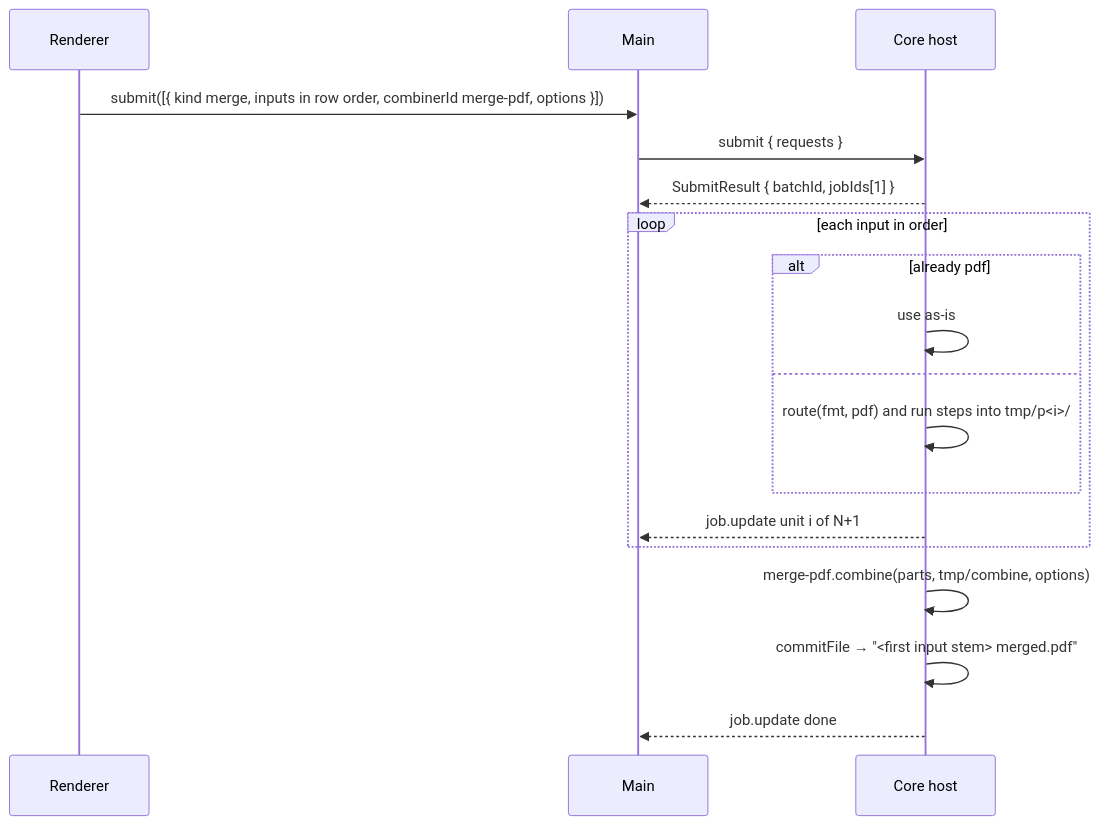
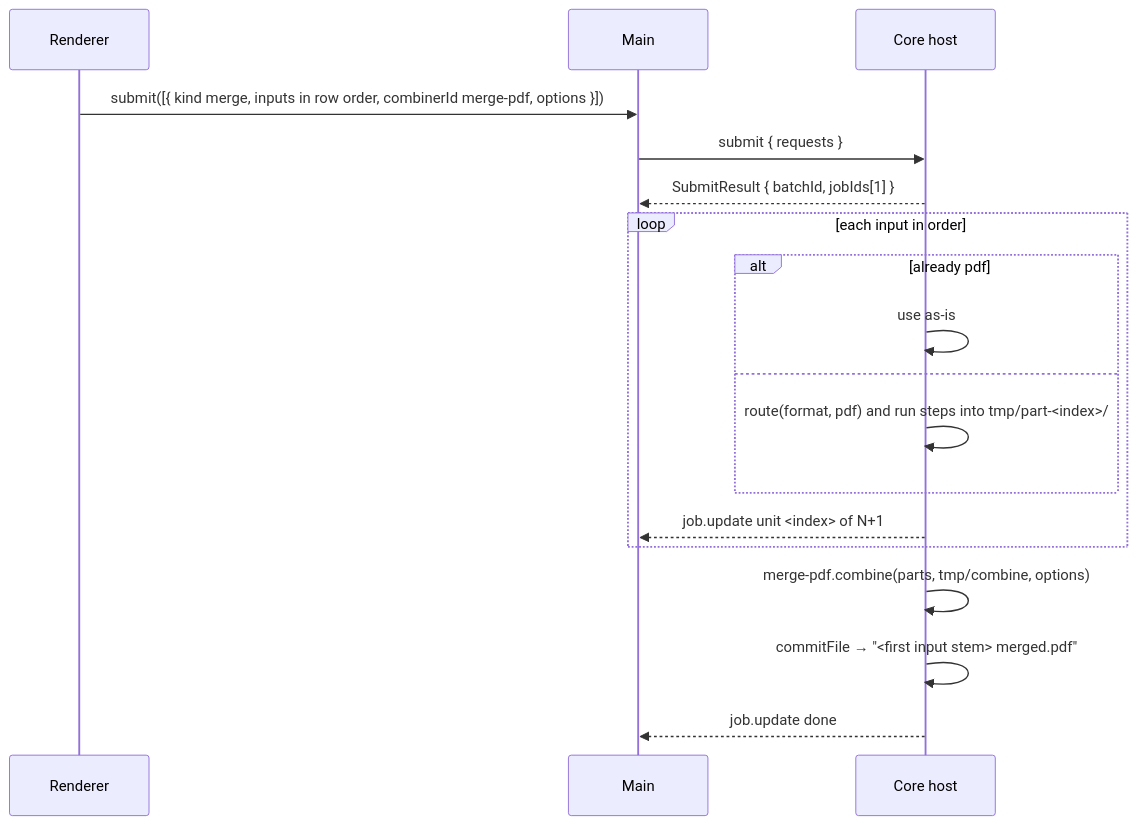
One commit to Anuragvish22/FileCon changed the tenth of 19 diagrams in docs/FLOWS.md. Above: the diagram before and after it, drawn with Mermaid. The commit also changed other lines of this file and 26 other files, not shown here.

First line of the commit message:
M0-4: graph and routing; lint-enforced naming rule

````diff
--- a/docs/FLOWS.md
+++ b/docs/FLOWS.md
@@ -250,20 +250,20 @@
 ```mermaid
 sequenceDiagram
   participant Renderer
   participant Main
   participant Core as Core host
   Renderer->>Main: submit([{ kind merge, inputs in row order, combinerId merge-pdf, options }])
   Main->>Core: submit { requests }
   Core-->>Main: SubmitResult { batchId, jobIds[1] }
   loop each input in order
     alt already pdf
       Core->>Core: use as-is
     else
-      Core->>Core: route(fmt, pdf) and run steps into tmp/p<i>/
+      Core->>Core: route(format, pdf) and run steps into tmp/part-<index>/
     end
-    Core-->>Main: job.update unit i of N+1
+    Core-->>Main: job.update unit <index> of N+1
   end
   Core->>Core: merge-pdf.combine(parts, tmp/combine, options)
   Core->>Core: commitFile → "<first input stem> merged.pdf"
   Core-->>Main: job.update done
 ```
````
